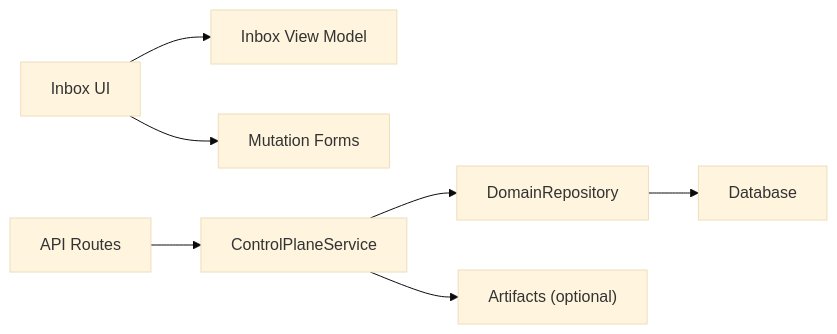
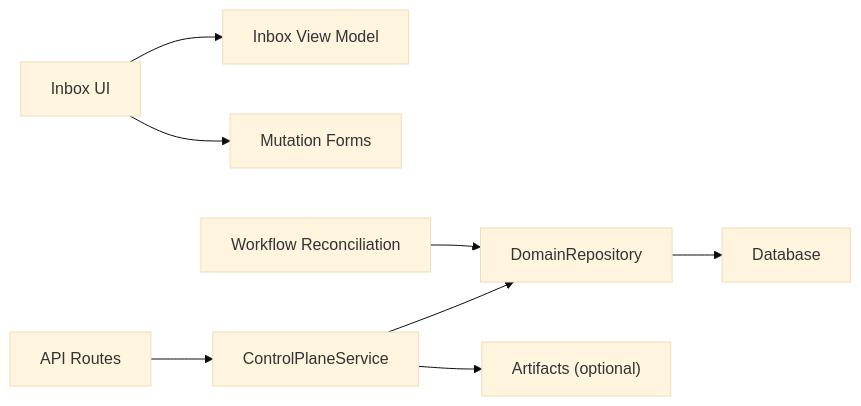
Before and after one commit to vmyazin/agent-os-passerine: the eighth of 8 diagrams in .qoder/repowiki/en/content/Monitoring and Operations/Dashboard and User Interface/Inbox System and Approvals/Inbox System and Approvals.md, drawn with Mermaid (base theme). The commit also changed other lines of this file and 133 other files, not shown here.

````diff
--- a/.qoder/repowiki/en/content/Monitoring and Operations/Dashboard and User Interface/Inbox System and Approvals/Inbox System and Approvals.md
+++ b/.qoder/repowiki/en/content/Monitoring and Operations/Dashboard and User Interface/Inbox System and Approvals/Inbox System and Approvals.md
@@ -382,9 +428,10 @@
 ```mermaid
 graph LR
 UI["Inbox UI"] --> VM["Inbox View Model"]
 UI --> MF["Mutation Forms"]
 API["API Routes"] --> SVC["ControlPlaneService"]
 SVC --> REPO["DomainRepository"]
 REPO --> DB["Database"]
 SVC --> ART["Artifacts (optional)"]
+RECONCILER["Workflow Reconciliation"] --> REPO
 ```
````
